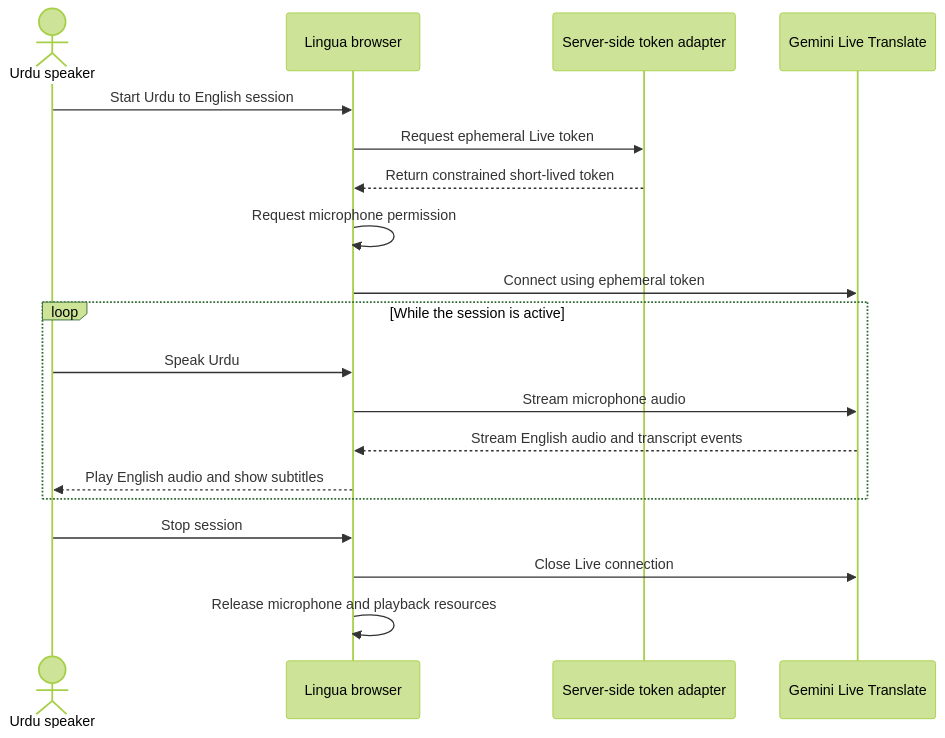
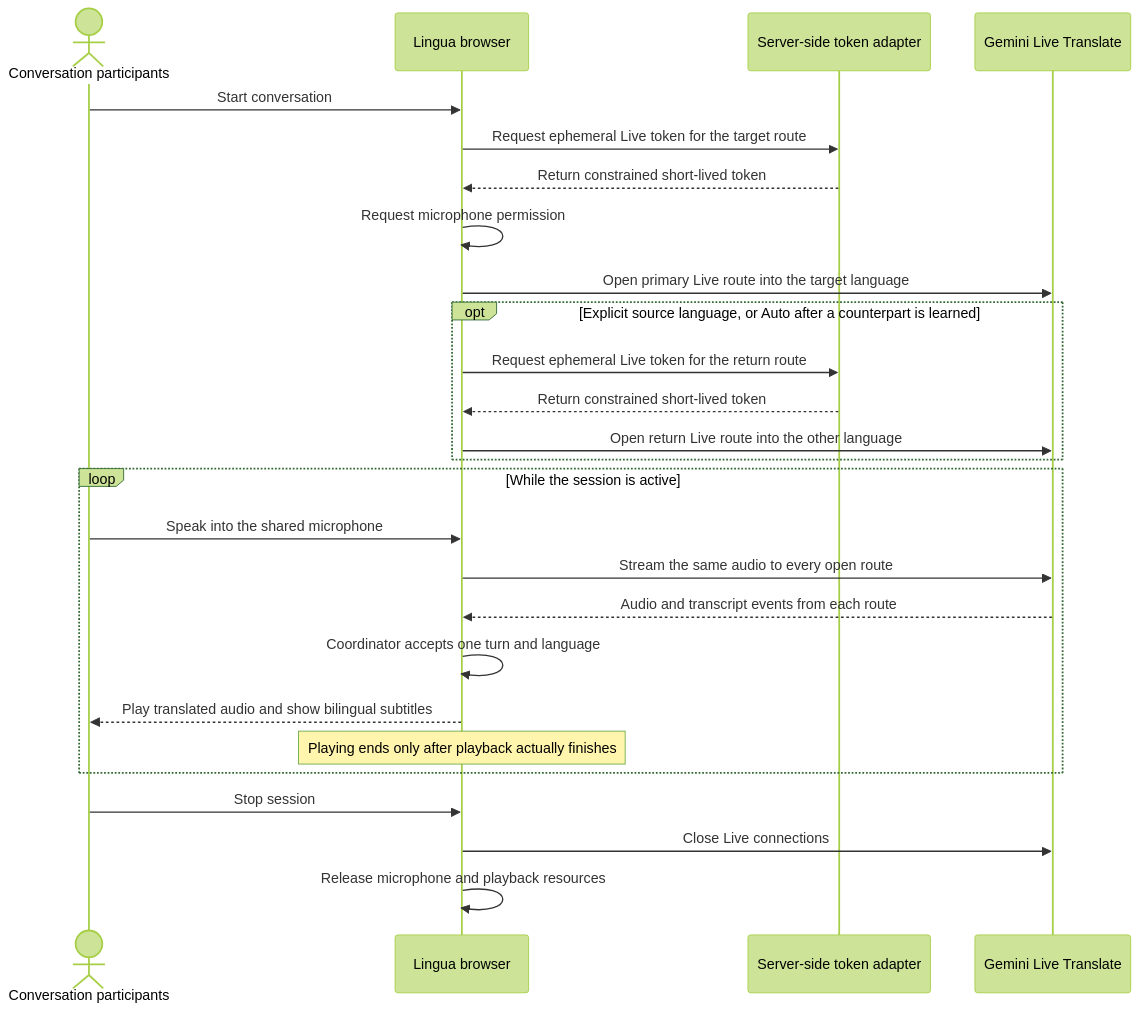
The third of 4 diagrams in docs/ARCHITECTURE.md (smahmood-data/Lingua), drawn with Mermaid (forest theme) before and after one commit. The commit also changed other lines of this file and 11 other files, not shown here.

````diff
--- a/docs/ARCHITECTURE.md
+++ b/docs/ARCHITECTURE.md
@@ -48,22 +96,29 @@
 ```mermaid
 sequenceDiagram
-    actor Speaker as Urdu speaker
+    actor Speakers as Conversation participants
     participant Browser as Lingua browser
     participant Server as Server-side token adapter
     participant Gemini as Gemini Live Translate
 
-    Speaker->>Browser: Start Urdu to English session
-    Browser->>Server: Request ephemeral Live token
+    Speakers->>Browser: Start conversation
+    Browser->>Server: Request ephemeral Live token for the target route
     Server-->>Browser: Return constrained short-lived token
     Browser->>Browser: Request microphone permission
-    Browser->>Gemini: Connect using ephemeral token
+    Browser->>Gemini: Open primary Live route into the target language
+    opt Explicit source language, or Auto after a counterpart is learned
+        Browser->>Server: Request ephemeral Live token for the return route
+        Server-->>Browser: Return constrained short-lived token
+        Browser->>Gemini: Open return Live route into the other language
+    end
     loop While the session is active
-        Speaker->>Browser: Speak Urdu
-        Browser->>Gemini: Stream microphone audio
-        Gemini-->>Browser: Stream English audio and transcript events
-        Browser-->>Speaker: Play English audio and show subtitles
+        Speakers->>Browser: Speak into the shared microphone
+        Browser->>Gemini: Stream the same audio to every open route
+        Gemini-->>Browser: Audio and transcript events from each route
+        Browser->>Browser: Coordinator accepts one turn and language
+        Browser-->>Speakers: Play translated audio and show bilingual subtitles
+        Note over Browser: Playing ends only after playback actually finishes
     end
-    Speaker->>Browser: Stop session
-    Browser->>Gemini: Close Live connection
+    Speakers->>Browser: Stop session
+    Browser->>Gemini: Close Live connections
     Browser->>Browser: Release microphone and playback resources
 ```
````
